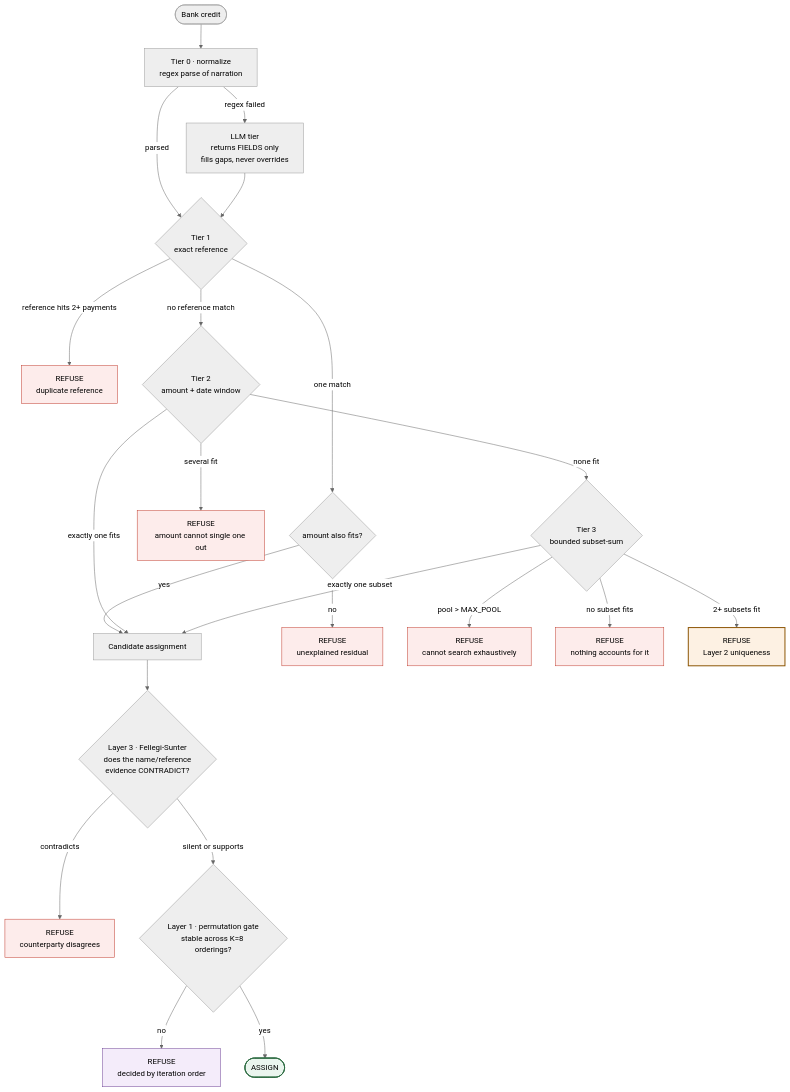
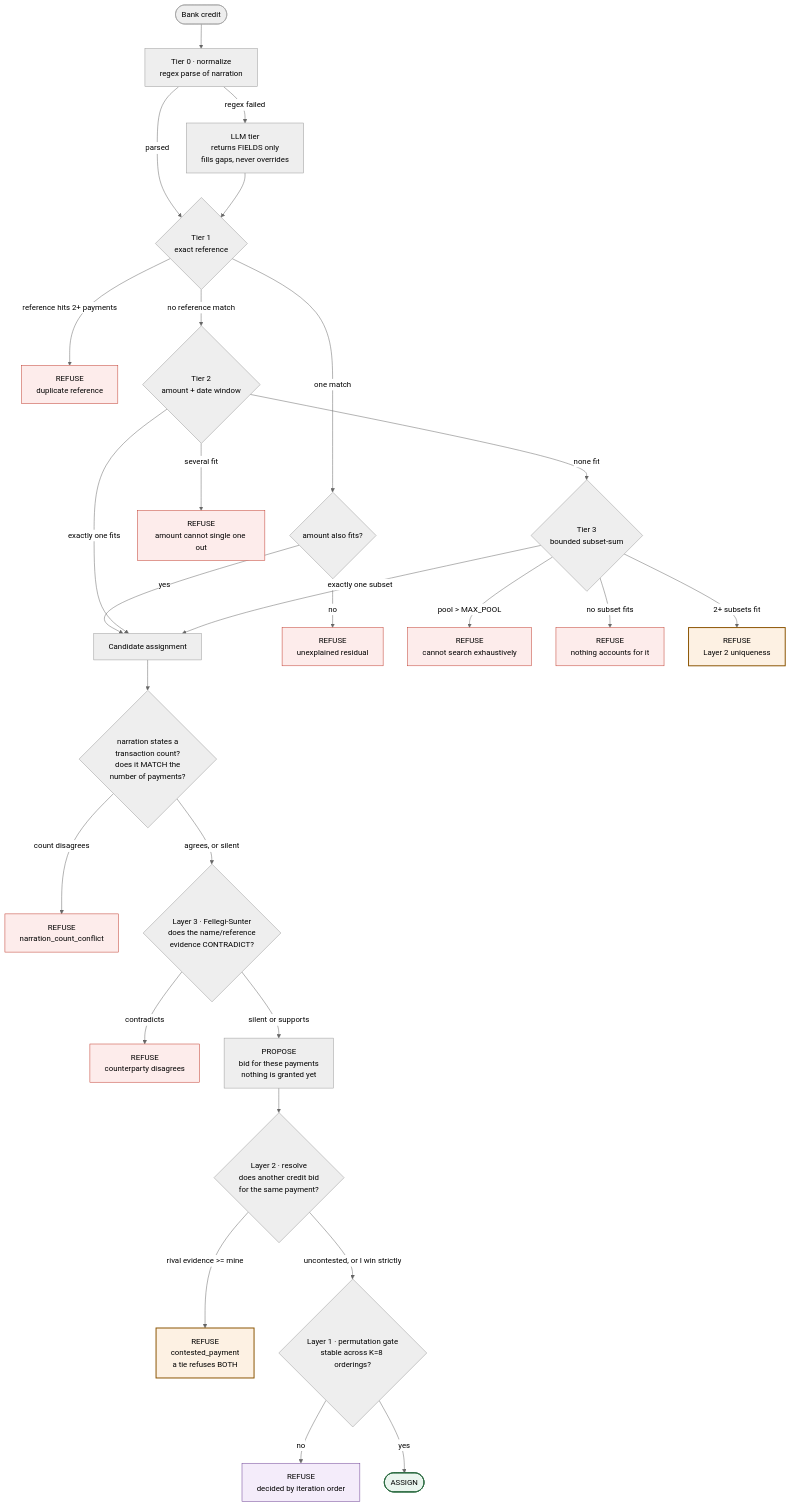
One commit to baymax-afk/Pramana_RZP_buildathon_reconciliation_agent changed the second of 7 diagrams in docs/FLOWCHARTS.md. Above: the diagram before and after it, drawn with Mermaid (neutral theme). The commit also changed other lines of this file and 3 other files, not shown here.

````diff
--- a/docs/FLOWCHARTS.md
+++ b/docs/FLOWCHARTS.md
@@ -65,42 +65,50 @@
 ```mermaid
 flowchart TD
     START(["Bank credit"]) --> PARSE["Tier 0 · normalize<br/>regex parse of narration"]
     PARSE -->|regex failed| LLM["LLM tier<br/>returns FIELDS only<br/>fills gaps, never overrides"]
     PARSE -->|parsed| T1
     LLM --> T1
 
     T1{"Tier 1<br/>exact reference"}
     T1 -->|one match| CHECK1{"amount also fits?"}
     T1 -->|reference hits 2+ payments| REF_DUP["REFUSE<br/>duplicate reference"]
     T1 -->|no reference match| T2
 
     CHECK1 -->|yes| ASSIGN
     CHECK1 -->|no| RESID["REFUSE<br/>unexplained residual"]
 
     T2{"Tier 2<br/>amount + date window"}
     T2 -->|exactly one fits| ASSIGN
     T2 -->|several fit| MULTI2["REFUSE<br/>amount cannot single one out"]
     T2 -->|none fit| T3
 
     T3{"Tier 3<br/>bounded subset-sum"}
     T3 -->|pool > MAX_POOL| BOUNDS["REFUSE<br/>cannot search exhaustively"]
     T3 -->|no subset fits| NONE["REFUSE<br/>nothing accounts for it"]
     T3 -->|2+ subsets fit| MULTI3["REFUSE<br/>Layer 2 uniqueness"]
     T3 -->|exactly one subset| ASSIGN
 
-    ASSIGN["Candidate assignment"] --> FS{"Layer 3 · Fellegi-Sunter<br/>does the name/reference<br/>evidence CONTRADICT?"}
+    ASSIGN["Candidate assignment"] --> COUNT{"narration states a<br/>transaction count?<br/>does it MATCH the<br/>number of payments?"}
+    COUNT -->|"count disagrees"| CNTNO["REFUSE<br/>narration_count_conflict"]
+    COUNT -->|"agrees, or silent"| FS{"Layer 3 · Fellegi-Sunter<br/>does the name/reference<br/>evidence CONTRADICT?"}
     FS -->|contradicts| FSNO["REFUSE<br/>counterparty disagrees"]
-    FS -->|silent or supports| GATE{"Layer 1 · permutation gate<br/>stable across K=8 orderings?"}
+    FS -->|silent or supports| PROP["PROPOSE<br/>bid for these payments<br/>nothing is granted yet"]
+
+    PROP --> RES{"Layer 2 · resolve<br/>does another credit bid<br/>for the same payment?"}
+    RES -->|"rival evidence >= mine"| CONT["REFUSE<br/>contested_payment<br/>a tie refuses BOTH"]
+    RES -->|"uncontested, or I win strictly"| GATE{"Layer 1 · permutation gate<br/>stable across K=8 orderings?"}
     GATE -->|no| ORD["REFUSE<br/>decided by iteration order"]
     GATE -->|yes| FINAL(["ASSIGN"])
 
     style REF_DUP fill:#fdeceb,stroke:#c0392b
     style RESID fill:#fdeceb,stroke:#c0392b
     style MULTI2 fill:#fdeceb,stroke:#c0392b
     style MULTI3 fill:#fdf1e3,stroke:#8a5300,stroke-width:2px
     style BOUNDS fill:#fdeceb,stroke:#c0392b
     style NONE fill:#fdeceb,stroke:#c0392b
+    style CNTNO fill:#fdeceb,stroke:#c0392b
     style FSNO fill:#fdeceb,stroke:#c0392b
+    style CONT fill:#fdf1e3,stroke:#8a5300,stroke-width:2px
     style ORD fill:#f4ecfa,stroke:#6a3e93
     style FINAL fill:#eaf5ee,stroke:#2c6b41,stroke-width:2px
 ```
````
